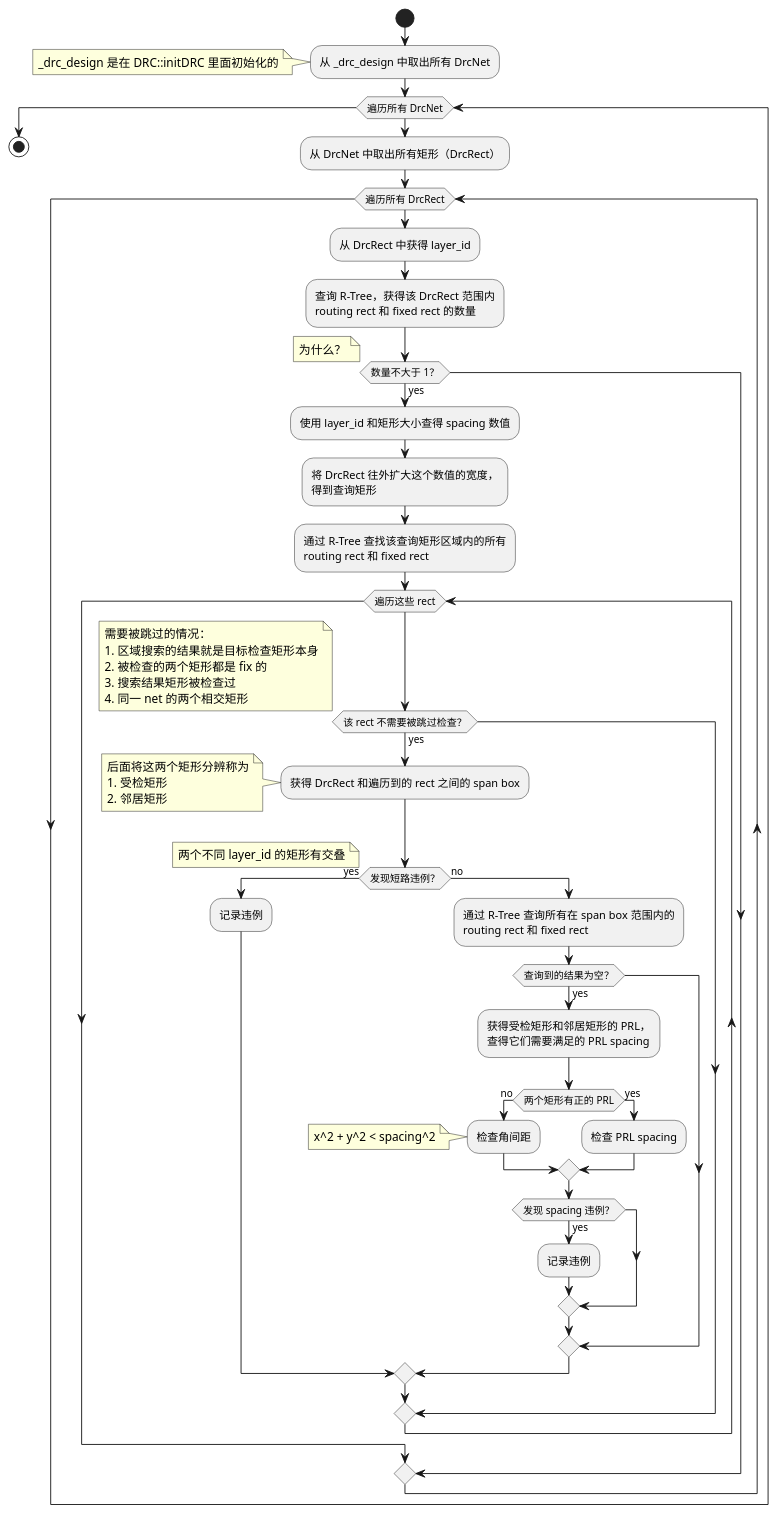
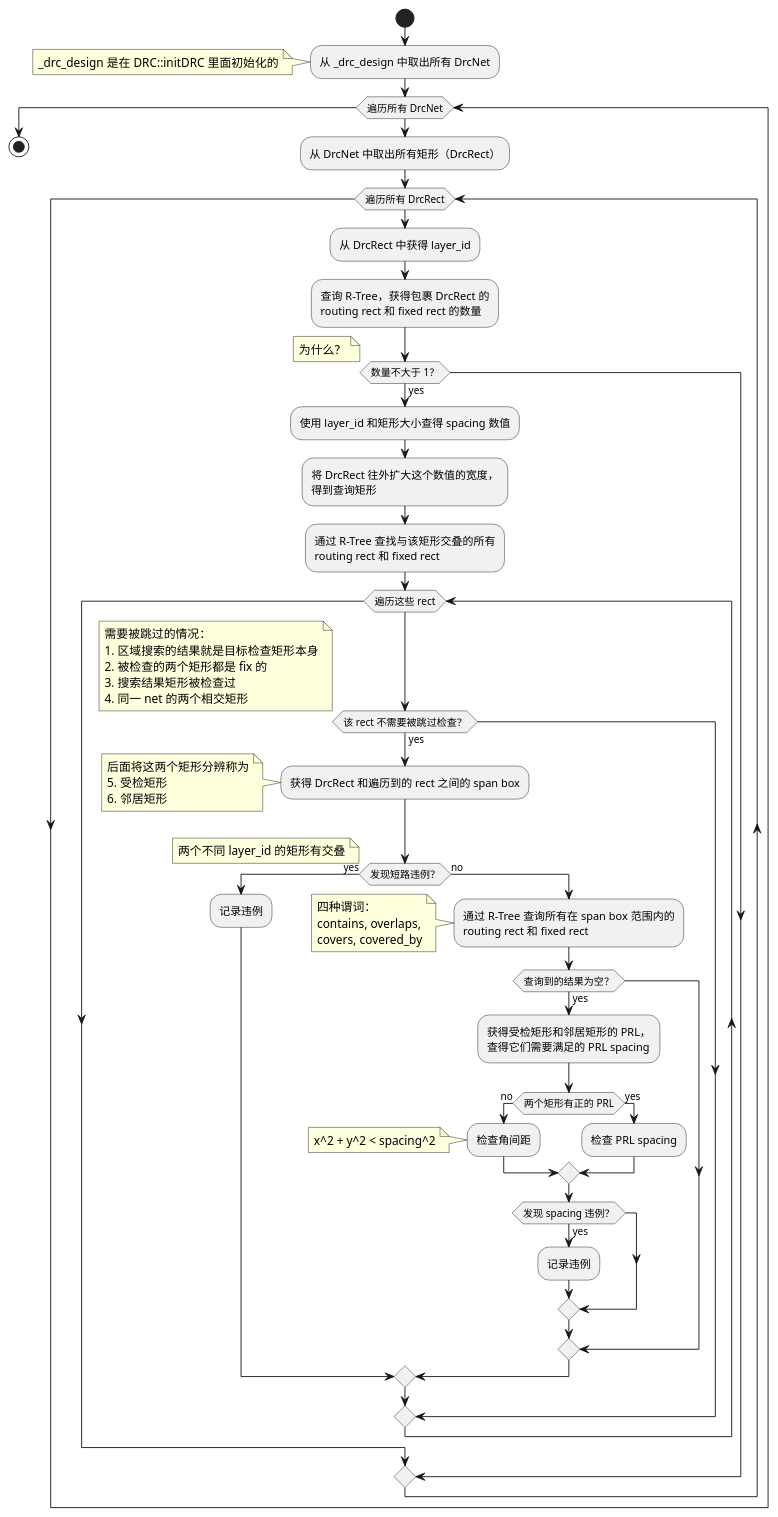
Before and after one commit to DovierQAQ/GuoFanBlog: the second of 2 diagrams in source/_posts/ieda-idrc-code-reading.md, drawn with PlantUML.

Commit message:
fix idrc code reading mistakes about query

```diff
--- a/source/_posts/ieda-idrc-code-reading.md
+++ b/source/_posts/ieda-idrc-code-reading.md
@@ -54,71 +54,76 @@
 {% plantuml %}
 @startuml
 
 start
 :从 _drc_design 中取出所有 DrcNet;
 note left
   _drc_design 是在 DRC::initDRC 里面初始化的
 endnote
 while (遍历所有 DrcNet)
   :从 DrcNet 中取出所有矩形（DrcRect）;
   while (遍历所有 DrcRect)
     :从 DrcRect 中获得 layer_id;
-    :查询 R-Tree，获得该 DrcRect 范围内
+    :查询 R-Tree，获得包裹 DrcRect 的
     routing rect 和 fixed rect 的数量;
     if (数量不大于 1？) then (yes)
       note left
         为什么？
       endnote
       :使用 layer_id 和矩形大小查得 spacing 数值;
       :将 DrcRect 往外扩大这个数值的宽度，
       得到查询矩形;
-      :通过 R-Tree 查找该查询矩形区域内的所有
+      :通过 R-Tree 查找与该矩形交叠的所有
       routing rect 和 fixed rect;
       while (遍历这些 rect)
         if (该 rect 不需要被跳过检查？) then (yes)
           note left
             需要被跳过的情况：
             1. 区域搜索的结果就是目标检查矩形本身
             2. 被检查的两个矩形都是 fix 的
             3. 搜索结果矩形被检查过
             4. 同一 net 的两个相交矩形
           endnote
           :获得 DrcRect 和遍历到的 rect 之间的 span box;
           note left
             后面将这两个矩形分辨称为
-            1. 受检矩形
-            2. 邻居矩形
+            5. 受检矩形
+            6. 邻居矩形
           endnote
           if (发现短路违例？) then (yes)
             note left
               两个不同 layer_id 的矩形有交叠
             endnote
             :记录违例;
           else (no)
             :通过 R-Tree 查询所有在 span box 范围内的
             routing rect 和 fixed rect;
+            note left
+              四种谓词：
+              contains, overlaps,
+              covers, covered_by
+            endnote
             if (查询到的结果为空？) then (yes)
               :获得受检矩形和邻居矩形的 PRL，
               查得它们需要满足的 PRL spacing;
               if (两个矩形有正的 PRL) then (no)
                 :检查角间距;
                 note left
                   x^2 + y^2 < spacing^2
                 endnote
               else (yes)
                 :检查 PRL spacing;
               endif
               if (发现 spacing 违例？) then (yes)
                 :记录违例;
               endif
             endif
           endif
         endif
       endwhile
     endif
   endwhile
 endwhile
 
 stop
 @enduml
 {% endplantuml %}
```
